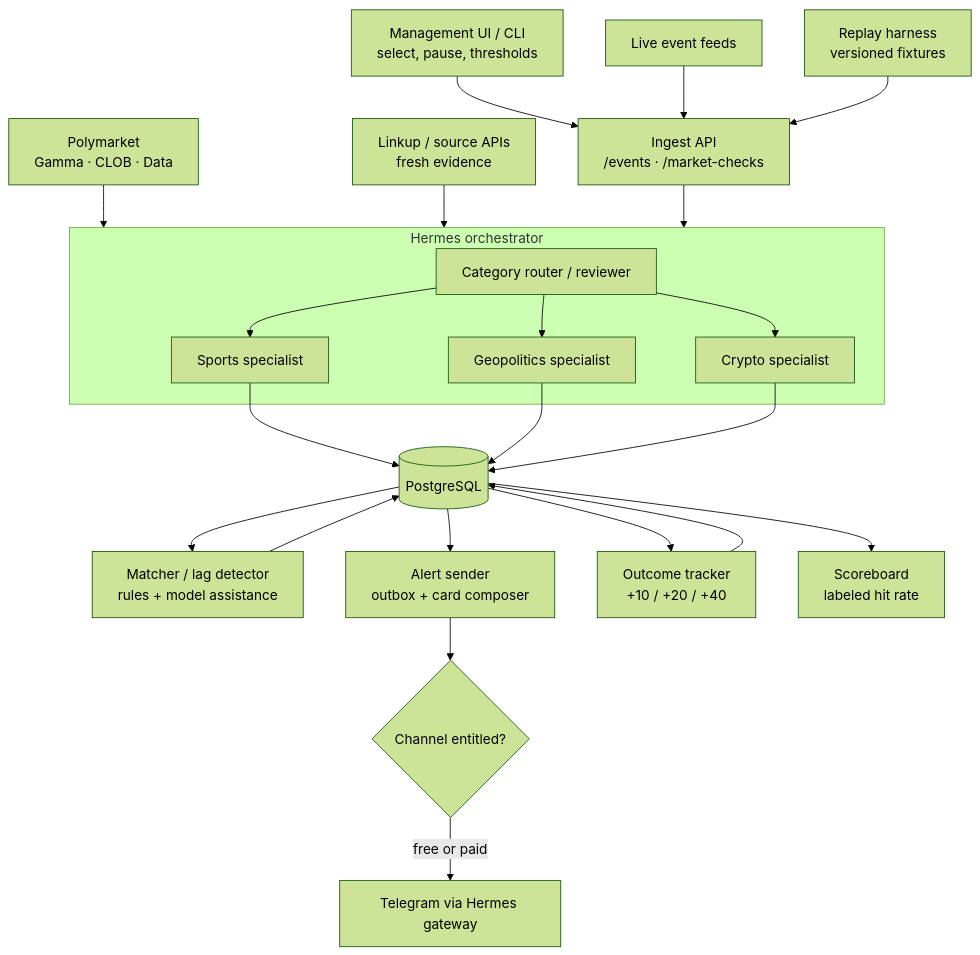
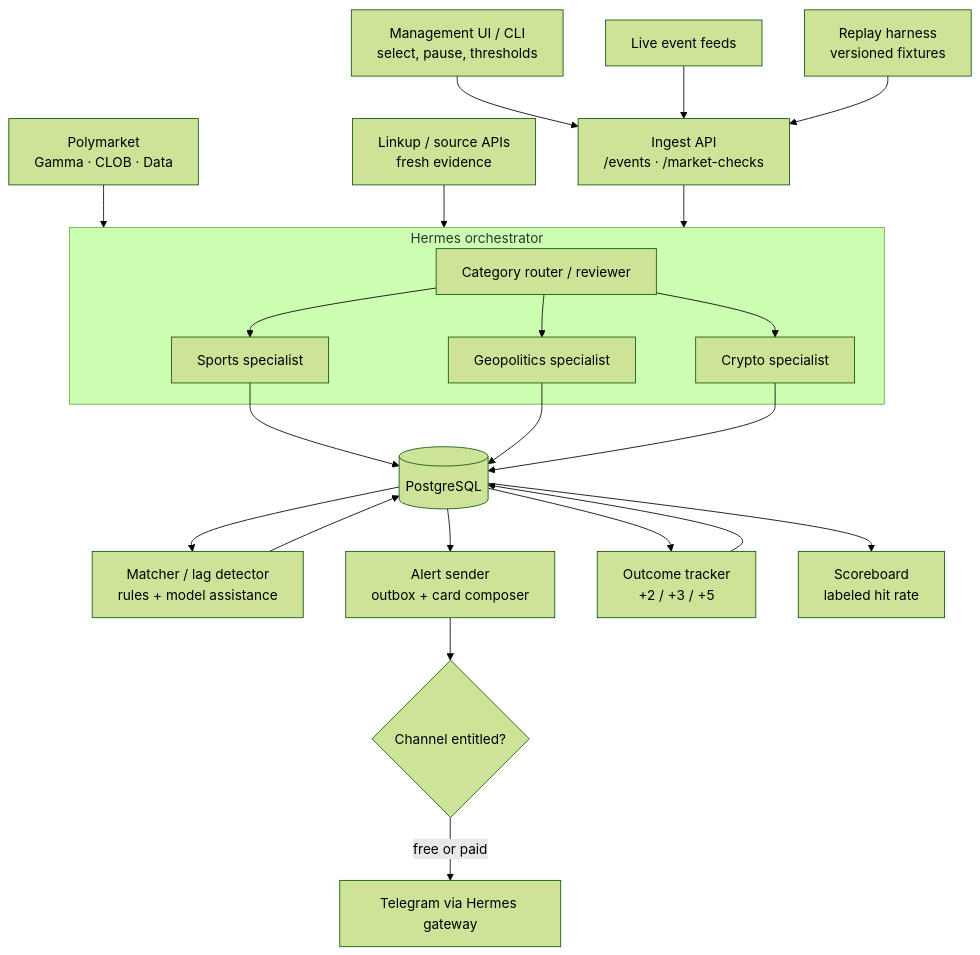
The first of 2 diagrams in docs/TECH_ARCHITECTURE.md (Mcverickk/money-scouts), drawn with Mermaid (forest theme) before and after one commit. The commit also changed other lines of this file and 14 other files, not shown here.

First line of the commit message:
Implement outcome tracker with shortened +2/+3/+5 minute horizons

````diff
--- a/docs/TECH_ARCHITECTURE.md
+++ b/docs/TECH_ARCHITECTURE.md
@@ -61,32 +61,32 @@
 ```mermaid
 flowchart TD
     UI["Management UI / CLI<br/>select, pause, thresholds"] --> API
     FEED["Live event feeds"] --> API["Ingest API<br/>/events · /market-checks"]
     REPLAY["Replay harness<br/>versioned fixtures"] --> API
     PM["Polymarket<br/>Gamma · CLOB · Data"] --> H
     LINKUP["Linkup / source APIs<br/>fresh evidence"] --> H
     API --> H
 
     subgraph H["Hermes orchestrator"]
       ROUTER["Category router / reviewer"]
       SPORTS["Sports specialist"]
       GEO["Geopolitics specialist"]
       CRYPTO["Crypto specialist"]
       ROUTER --> SPORTS
       ROUTER --> GEO
       ROUTER --> CRYPTO
     end
 
     SPORTS --> DB[(PostgreSQL)]
     GEO --> DB
     CRYPTO --> DB
 
     DB --> MATCHER["Matcher / lag detector<br/>rules + model assistance"]
     MATCHER --> DB
     DB --> SENDER["Alert sender<br/>outbox + card composer"]
     SENDER --> GATE{"Channel entitled?"}
     GATE -->|free or paid| TG["Telegram via Hermes gateway"]
-    DB --> TRACKER["Outcome tracker<br/>+10 / +20 / +40"]
+    DB --> TRACKER["Outcome tracker<br/>+2 / +3 / +5"]
     TRACKER --> DB
     DB --> BOARD["Scoreboard<br/>labeled hit rate"]
 ```
````
